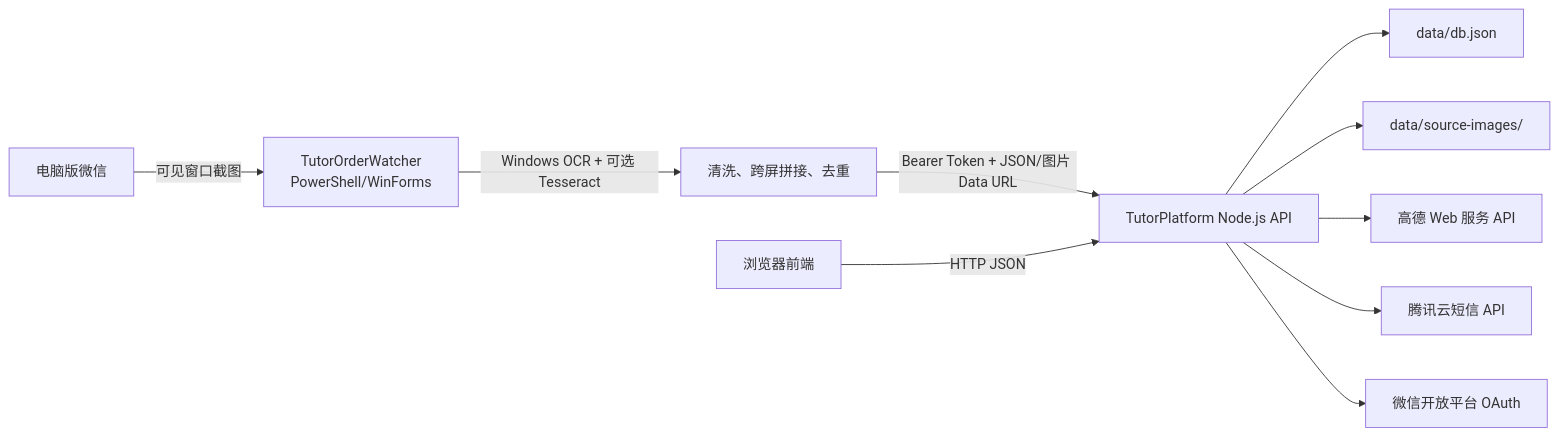
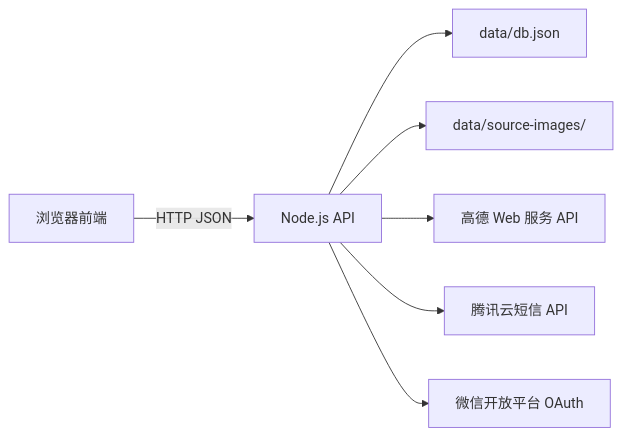
Before and after one commit to lzhdelife/shenzhen-tutor-web: the diagram in docs/TECHNICAL.md, drawn with Mermaid. The commit also changed other lines of this file and 43 other files, not shown here.

Commit message:
feat: launch Shenzhen tutor web platform

````diff
--- a/docs/TECHNICAL.md
+++ b/docs/TECHNICAL.md
@@ -16,12 +5,9 @@
 ```mermaid
 flowchart LR
-    W["电脑版微信"] -->|"可见窗口截图"| O["TutorOrderWatcher\nPowerShell/WinForms"]
-    O -->|"Windows OCR + 可选 Tesseract"| M["清洗、跨屏拼接、去重"]
-    M -->|"Bearer Token + JSON/图片 Data URL"| A["TutorPlatform Node.js API"]
-    B["浏览器前端"] -->|"HTTP JSON"| A
+    B["浏览器前端"] -->|"HTTP JSON"| A["Node.js API"]
     A --> D["data/db.json"]
     A --> I["data/source-images/"]
     A --> G["高德 Web 服务 API"]
     A --> S["腾讯云短信 API"]
     A --> X["微信开放平台 OAuth"]
 ```
````
